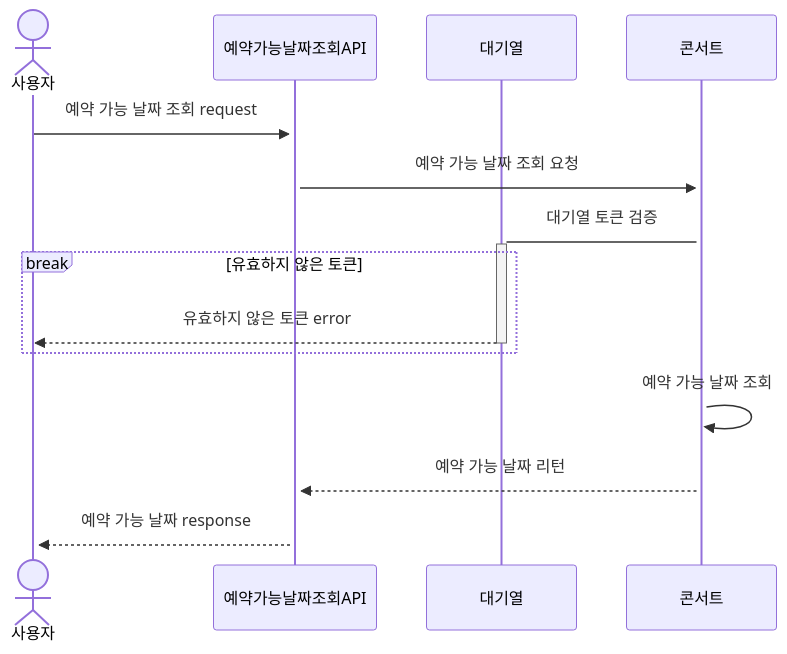
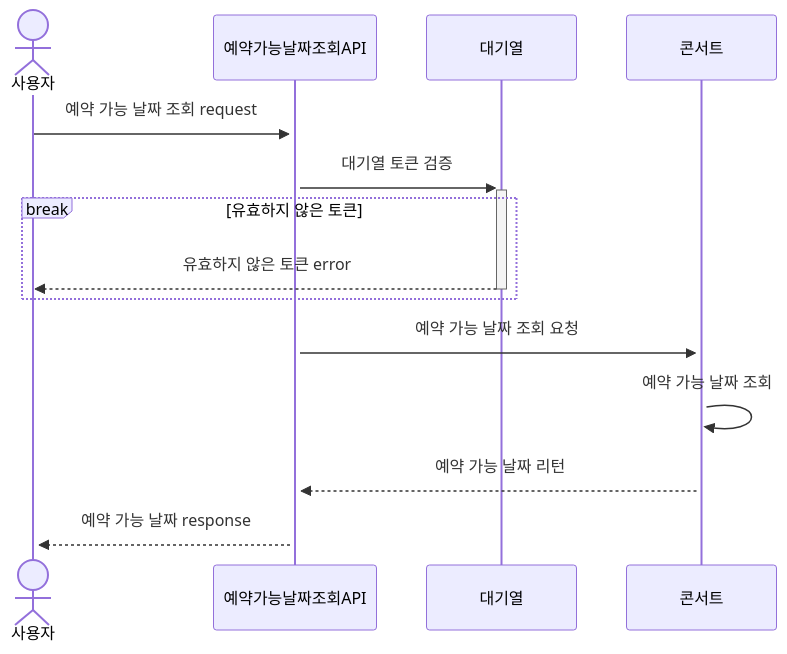
One commit to jangyoojeong/hhplus-ticketing-week03 changed the second of 7 diagrams in doc/SEQUENCS.md. Above: the diagram before and after it, drawn with Mermaid. The commit also changed other lines of this file, not shown here.

````diff
--- a/doc/SEQUENCS.md
+++ b/doc/SEQUENCS.md
@@ -36,17 +36,17 @@
 ```mermaid
 sequenceDiagram
     actor  사용자
     participant 예약가능날짜조회API
     participant 대기열
     participant 콘서트
 
     사용자->>+예약가능날짜조회API: 예약 가능 날짜 조회 request
-    예약가능날짜조회API->>+콘서트: 예약 가능 날짜 조회 요청
-    콘서트->+대기열:대기열 토큰 검증
+    예약가능날짜조회API->>+대기열:대기열 토큰 검증
     break 유효하지 않은 토큰
         대기열-->>-사용자: 유효하지 않은 토큰 error
     end
+    예약가능날짜조회API->>+콘서트: 예약 가능 날짜 조회 요청
     콘서트->>+콘서트: 예약 가능 날짜 조회
     콘서트-->>+예약가능날짜조회API:예약 가능 날짜 리턴
     예약가능날짜조회API-->>+사용자: 예약 가능 날짜 response
 ```
````
